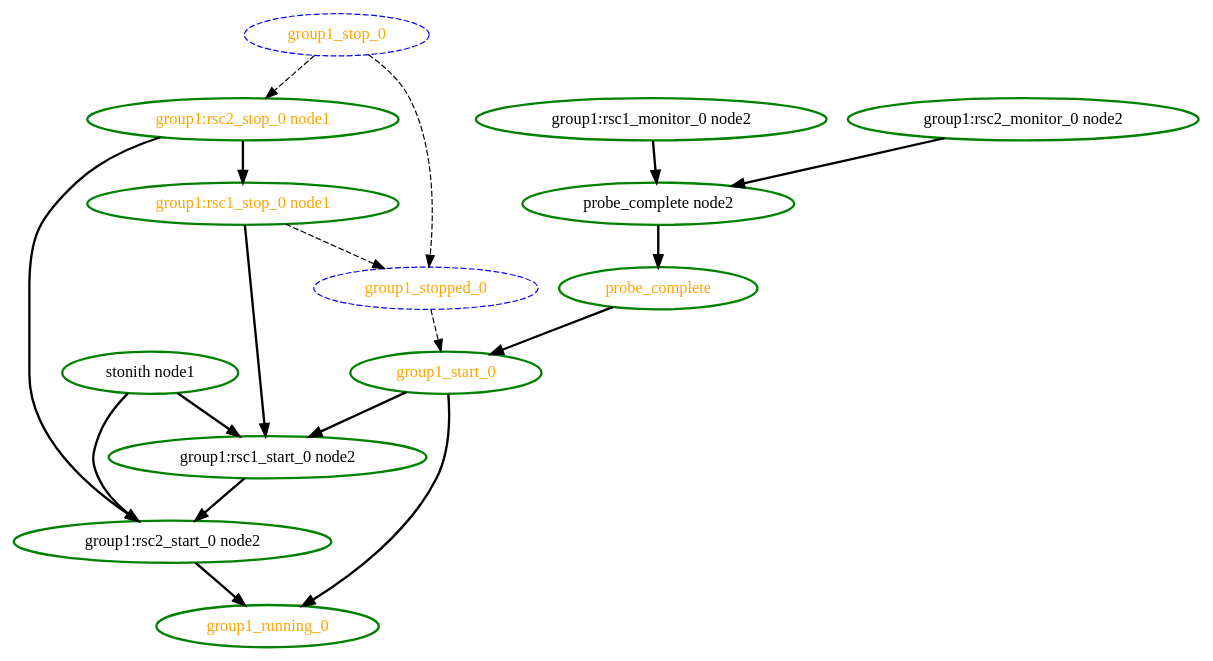
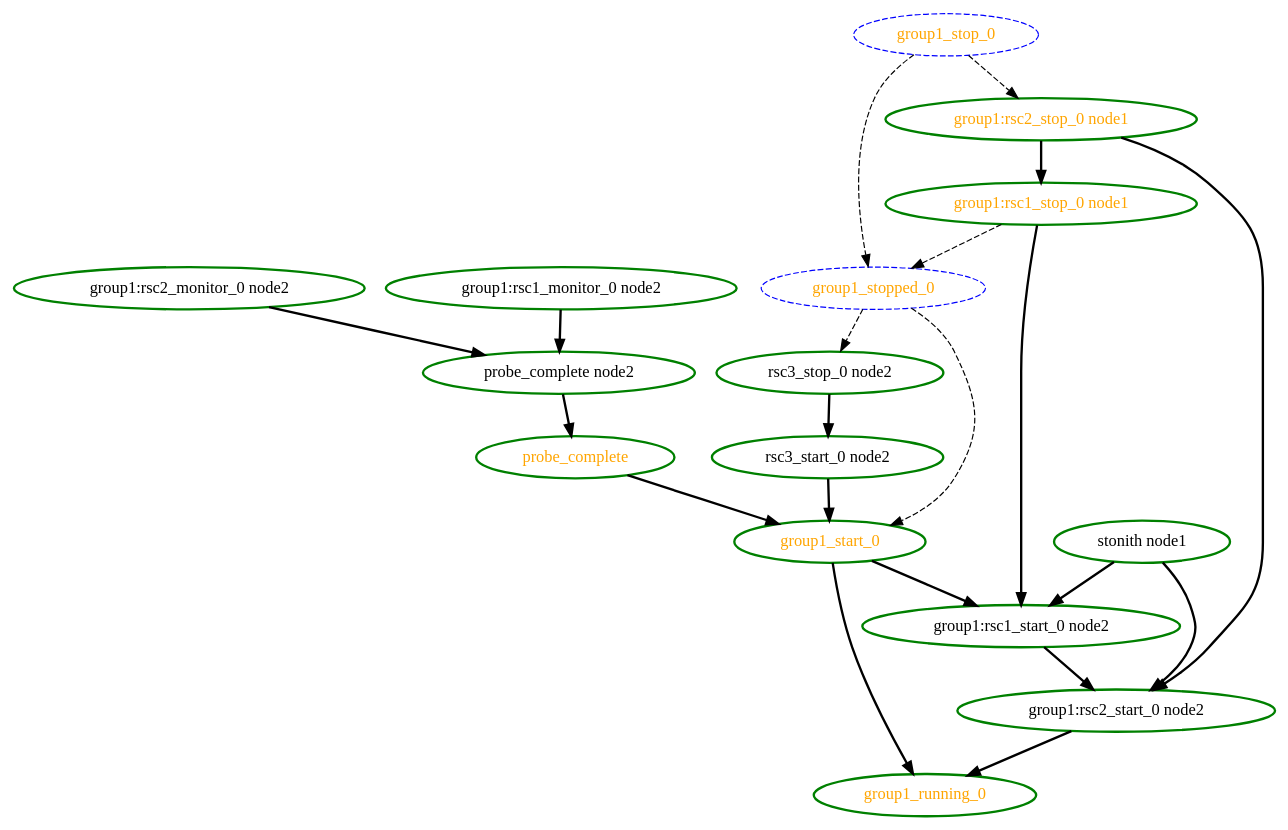
Before and after one commit to richiewen8/heartbeat: the diagram in crm/pengine/testcases/rec-node-11.dot, drawn with Graphviz. The commit also changed 34 other files, not shown here.

```diff
--- a/crm/pengine/testcases/rec-node-11.dot
+++ b/crm/pengine/testcases/rec-node-11.dot
@@ -1,33 +1,38 @@
 digraph "g" {
 	size = "30,30"
 "group1:rsc1_stop_0 node1" [ style=bold color="green" fontcolor="orange" ]
 "probe_complete" [ style=bold color="green" fontcolor="orange" ]
 "probe_complete node2" [ style=bold color="green" fontcolor="black" ]
 "group1:rsc1_monitor_0 node2" [ style=bold color="green" fontcolor="black" ]
 "group1:rsc2_monitor_0 node2" [ style=bold color="green" fontcolor="black" ]
 "group1:rsc1_start_0 node2" [ style=bold color="green" fontcolor="black" ]
 "group1:rsc2_stop_0 node1" [ style=bold color="green" fontcolor="orange" ]
 "group1:rsc2_start_0 node2" [ style=bold color="green" fontcolor="black" ]
 "group1_start_0" [ style=bold color="green" fontcolor="orange" ]
 "group1_running_0" [ style=bold color="green" fontcolor="orange" ]
 "group1_stop_0" [ style="dashed" color="blue" fontcolor="orange" ]
 "group1_stopped_0" [ style="dashed" color="blue" fontcolor="orange" ]
+"rsc3_stop_0 node2" [ style=bold color="green" fontcolor="black" ]
+"rsc3_start_0 node2" [ style=bold color="green" fontcolor="black" ]
 "stonith node1" [ style=bold color="green" fontcolor="black" ]
 "group1:rsc2_stop_0 node1" -> "group1:rsc1_stop_0 node1" [ style = bold]
 "probe_complete node2" -> "probe_complete" [ style = bold]
 "group1:rsc1_monitor_0 node2" -> "probe_complete node2" [ style = bold]
 "group1:rsc2_monitor_0 node2" -> "probe_complete node2" [ style = bold]
 "group1:rsc1_stop_0 node1" -> "group1:rsc1_start_0 node2" [ style = bold]
 "group1_start_0" -> "group1:rsc1_start_0 node2" [ style = bold]
 "stonith node1" -> "group1:rsc1_start_0 node2" [ style = bold]
 "group1_stop_0" -> "group1:rsc2_stop_0 node1" [ style = dashed]
 "group1:rsc1_start_0 node2" -> "group1:rsc2_start_0 node2" [ style = bold]
 "group1:rsc2_stop_0 node1" -> "group1:rsc2_start_0 node2" [ style = bold]
 "stonith node1" -> "group1:rsc2_start_0 node2" [ style = bold]
 "probe_complete" -> "group1_start_0" [ style = bold]
 "group1_stopped_0" -> "group1_start_0" [ style = dashed]
+"rsc3_start_0 node2" -> "group1_start_0" [ style = bold]
 "group1:rsc2_start_0 node2" -> "group1_running_0" [ style = bold]
 "group1_start_0" -> "group1_running_0" [ style = bold]
 "group1_stop_0" -> "group1_stopped_0" [ style = dashed]
 "group1:rsc1_stop_0 node1" -> "group1_stopped_0" [ style = dashed]
+"group1_stopped_0" -> "rsc3_stop_0 node2" [ style = dashed]
+"rsc3_stop_0 node2" -> "rsc3_start_0 node2" [ style = bold]
 }
```
